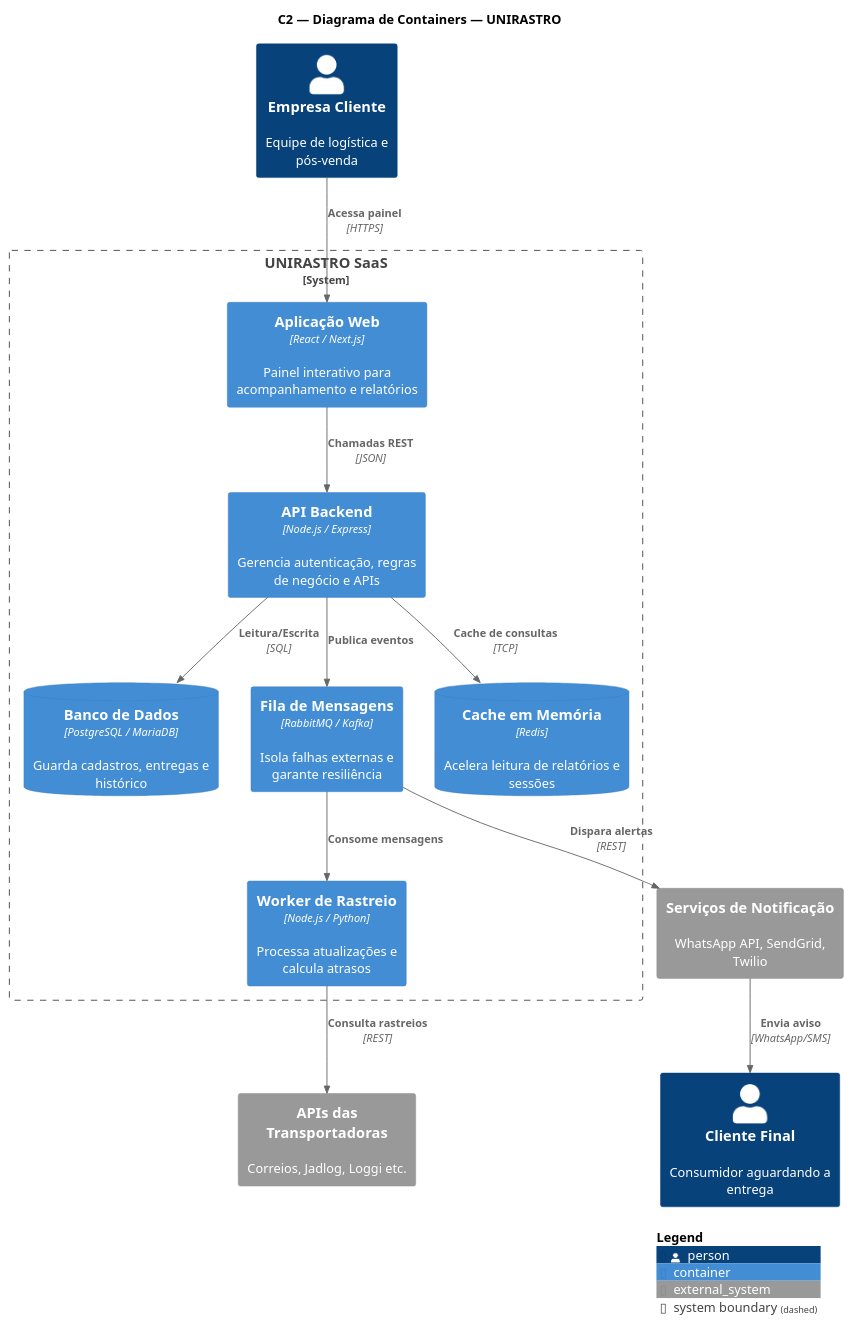
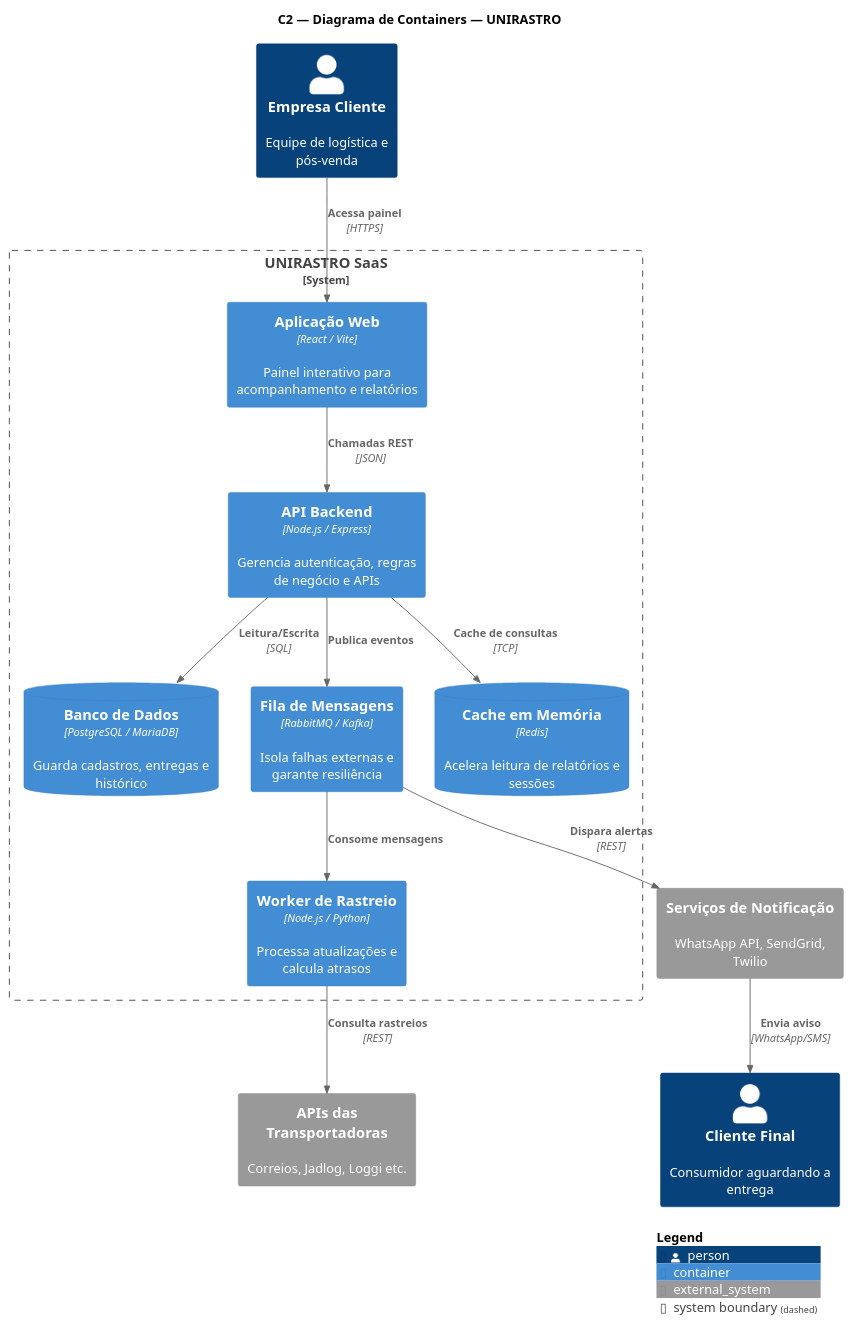
Before and after one commit to Mateushartelt/unirastro: the second of 5 diagrams in README.md, drawn with PlantUML. The commit also changed other lines of this file and 64 other files, not shown here.

First line of the commit message:
Refatora frontend segundo SOLID e alinha diagramas C4

````diff
--- a/README.md
+++ b/README.md
@@ -166,34 +181,34 @@
 ```plantuml
 @startuml C2-Containers
 !include https://raw.githubusercontent.com/plantuml-stdlib/C4-PlantUML/master/C4_Container.puml
 
 title C2 — Diagrama de Containers — UNIRASTRO
 
 Person(empresaCliente, "Empresa Cliente", "Equipe de logística e pós-venda")
 
 System_Boundary(saas, "UNIRASTRO SaaS") {
-  Container(web, "Aplicação Web", "React / Next.js", "Painel interativo para acompanhamento e relatórios")
+  Container(web, "Aplicação Web", "React / Vite", "Painel interativo para acompanhamento e relatórios")
   Container(api, "API Backend", "Node.js / Express", "Gerencia autenticação, regras de negócio e APIs")
   ContainerDb(db, "Banco de Dados", "PostgreSQL / MariaDB", "Guarda cadastros, entregas e histórico")
   Container(queue, "Fila de Mensagens", "RabbitMQ / Kafka", "Isola falhas externas e garante resiliência")
   Container(worker, "Worker de Rastreio", "Node.js / Python", "Processa atualizações e calcula atrasos")
   ContainerDb(cache, "Cache em Memória", "Redis", "Acelera leitura de relatórios e sessões")
 }
 
 System_Ext(transportadoras, "APIs das Transportadoras", "Correios, Jadlog, Loggi etc.")
 System_Ext(notificacao, "Serviços de Notificação", "WhatsApp API, SendGrid, Twilio")
 Person(clienteFinal, "Cliente Final", "Consumidor aguardando a entrega")
 
 Rel(empresaCliente, web, "Acessa painel", "HTTPS")
 Rel(web, api, "Chamadas REST", "JSON")
 Rel(api, cache, "Cache de consultas", "TCP")
 Rel(api, db, "Leitura/Escrita", "SQL")
 Rel(api, queue, "Publica eventos")
 Rel(queue, worker, "Consome mensagens")
 Rel(worker, transportadoras, "Consulta rastreios", "REST")
 Rel(queue, notificacao, "Dispara alertas", "REST")
 Rel(notificacao, clienteFinal, "Envia aviso", "WhatsApp/SMS")
 
 SHOW_LEGEND()
 @enduml
 ```
````
